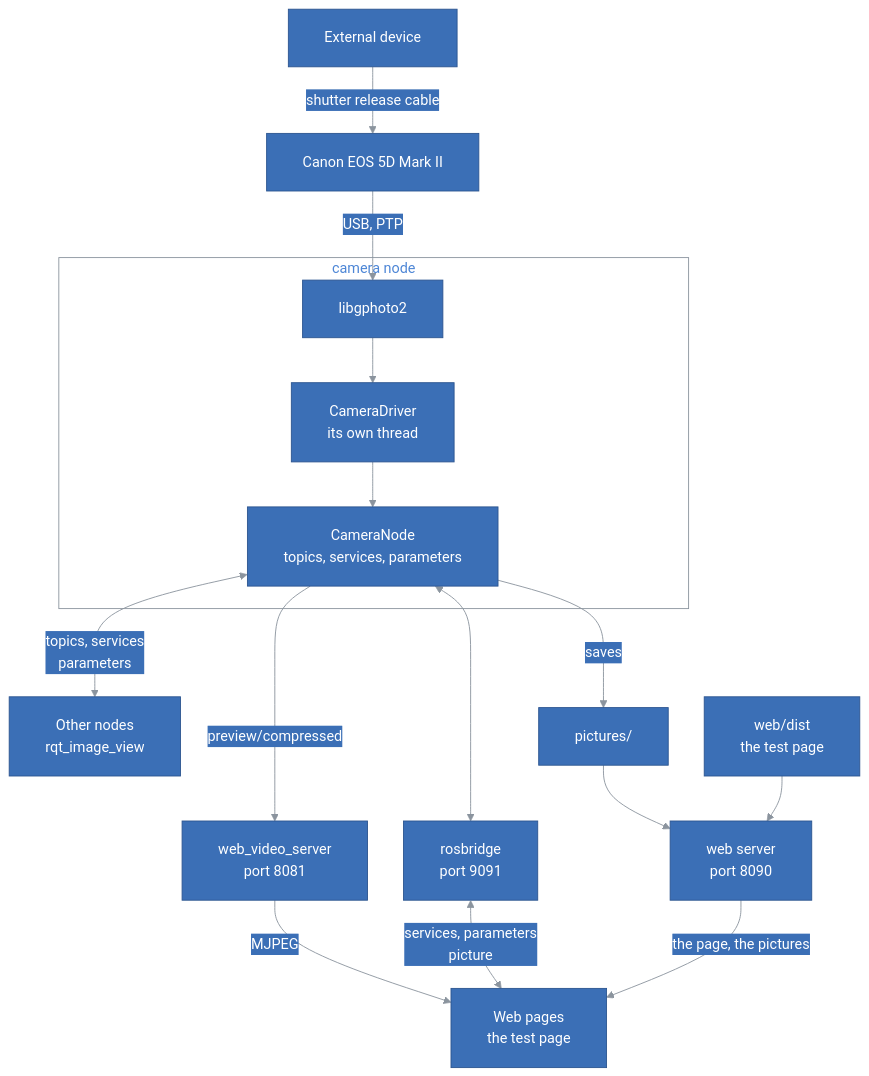
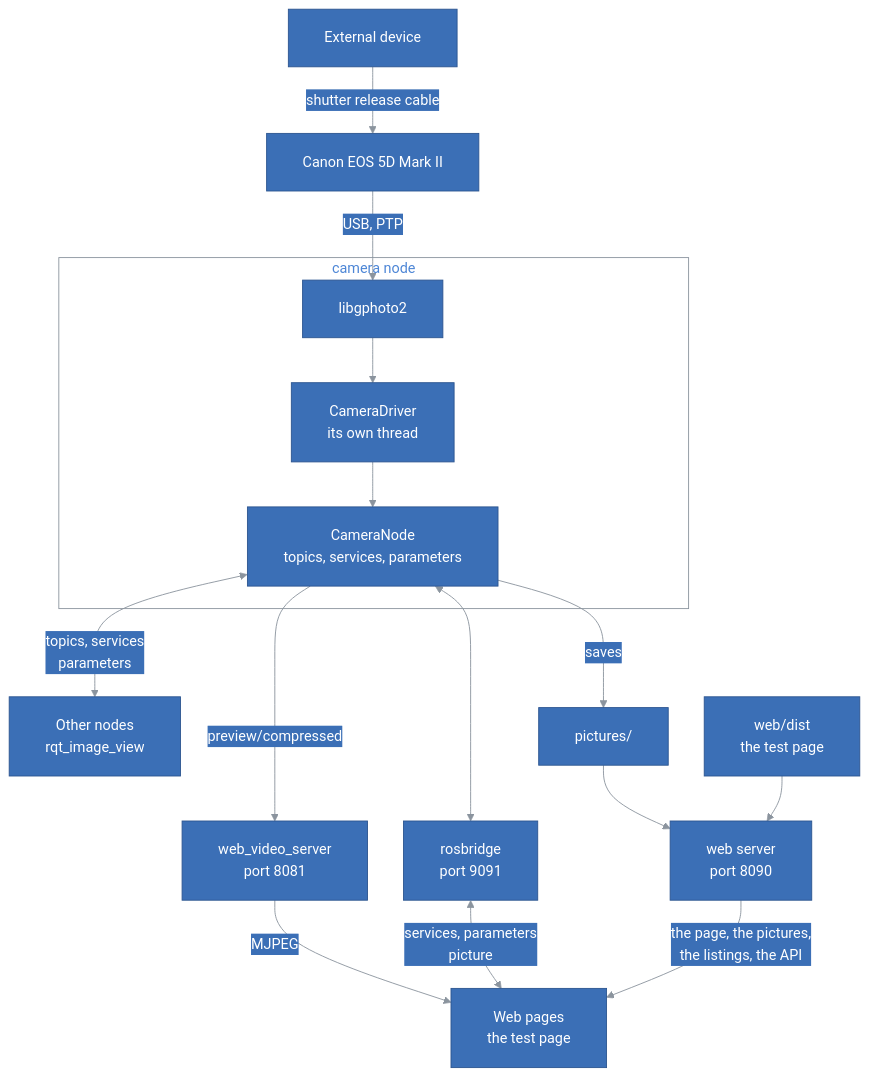
Before and after one commit to kineticsystem/stepit-camera: the first of 4 diagrams in docs/ARCHITECTURE.md, drawn with Mermaid. The commit also changed other lines of this file and 8 other files, not shown here.

First line of the commit message:
List the folders of the pictures, and describe the web server's API

````diff
--- a/docs/ARCHITECTURE.md
+++ b/docs/ARCHITECTURE.md
@@ -35,74 +35,74 @@
 ```mermaid
 ---
 config:
   theme: base
   themeCSS: ".edgeLabel p { padding: 4px 10px; }"
   flowchart:
     padding: 20
     nodeSpacing: 40
     rankSpacing: 50
   class:
     padding: 16
   sequence:
     boxMargin: 12
     boxTextMargin: 8
     noteMargin: 28
     messageMargin: 40
     actorMargin: 60
     labelBoxWidth: 56
     labelBoxHeight: 28
   themeVariables:
     primaryColor: "#3b6fb6"
     primaryTextColor: "#ffffff"
     primaryBorderColor: "#2c5590"
     lineColor: "#8b949e"
     textColor: "#4d86d6"
     actorBkg: "#3b6fb6"
     actorBorder: "#2c5590"
     actorTextColor: "#ffffff"
     actorLineColor: "#8b949e"
     signalColor: "#8b949e"
     signalTextColor: "#4d86d6"
     noteBkgColor: "#3b6fb6"
     noteTextColor: "#ffffff"
     noteBorderColor: "#2c5590"
     secondaryColor: "#3b6fb6"
     tertiaryColor: "#3b6fb6"
     clusterBkg: "transparent"
     clusterBorder: "#8b949e"
     titleColor: "#4d86d6"
     edgeLabelBackground: "#3b6fb6"
     classText: "#ffffff"
     labelBoxBkgColor: "#3b6fb6"
     labelBoxBorderColor: "#2c5590"
     labelTextColor: "#ffffff"
     loopTextColor: "#4d86d6"
     mainBkg: "#3b6fb6"
     nodeBorder: "#2c5590"
     nodeTextColor: "#ffffff"
     secondaryBorderColor: "#2c5590"
     secondaryTextColor: "#ffffff"
     tertiaryBorderColor: "#2c5590"
     tertiaryTextColor: "#ffffff"
     errorBkgColor: "#3b6fb6"
     errorTextColor: "#ffffff"
 ---
 flowchart TB
     Trigger["External device"] -- "shutter release cable" --> Camera["Canon EOS 5D Mark II"]
     Camera -- "USB, PTP" --> GPhoto
     subgraph Node["camera node"]
         GPhoto["libgphoto2"] --> Driver["CameraDriver<br/>its own thread"]
         Driver --> ROS["CameraNode<br/>topics, services, parameters"]
     end
     ROS <-- "topics, services<br/>parameters" --> Clients["Other nodes<br/>rqt_image_view"]
     ROS -- "saves" --> Folder["pictures/"]
     ROS -- "preview/compressed" --> Video["web_video_server<br/>port 8081"]
     ROS <--> Bridge["rosbridge<br/>port 9091"]
     Folder --> Web["web server<br/>port 8090"]
     Page["web/dist<br/>the test page"] --> Web
     Video -- "MJPEG" --> Browser["Web pages<br/>the test page"]
     Bridge <-- "services, parameters<br/>picture" --> Browser
-    Web -- "the page, the pictures" --> Browser
+    Web -- "the page, the pictures,<br/>the listings, the API" --> Browser
 
     classDef default fill:#3b6fb6,stroke:#2c5590,color:#ffffff
 ```
````
